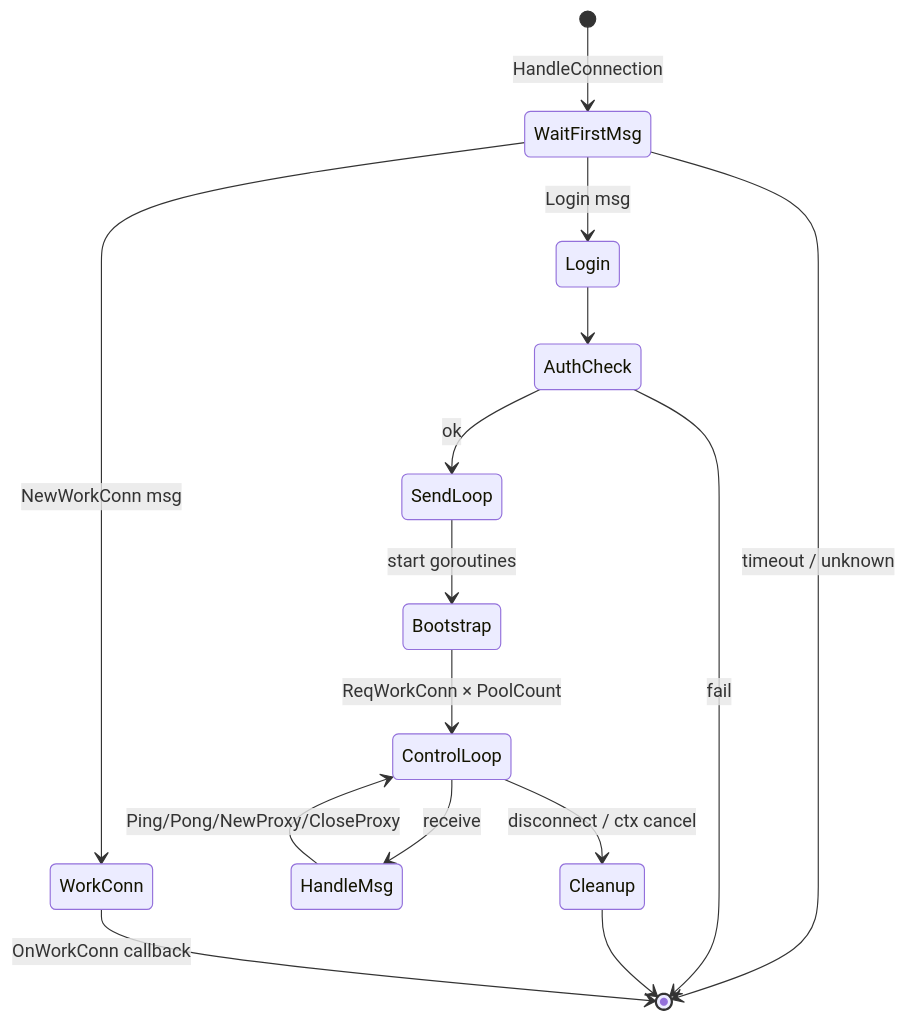
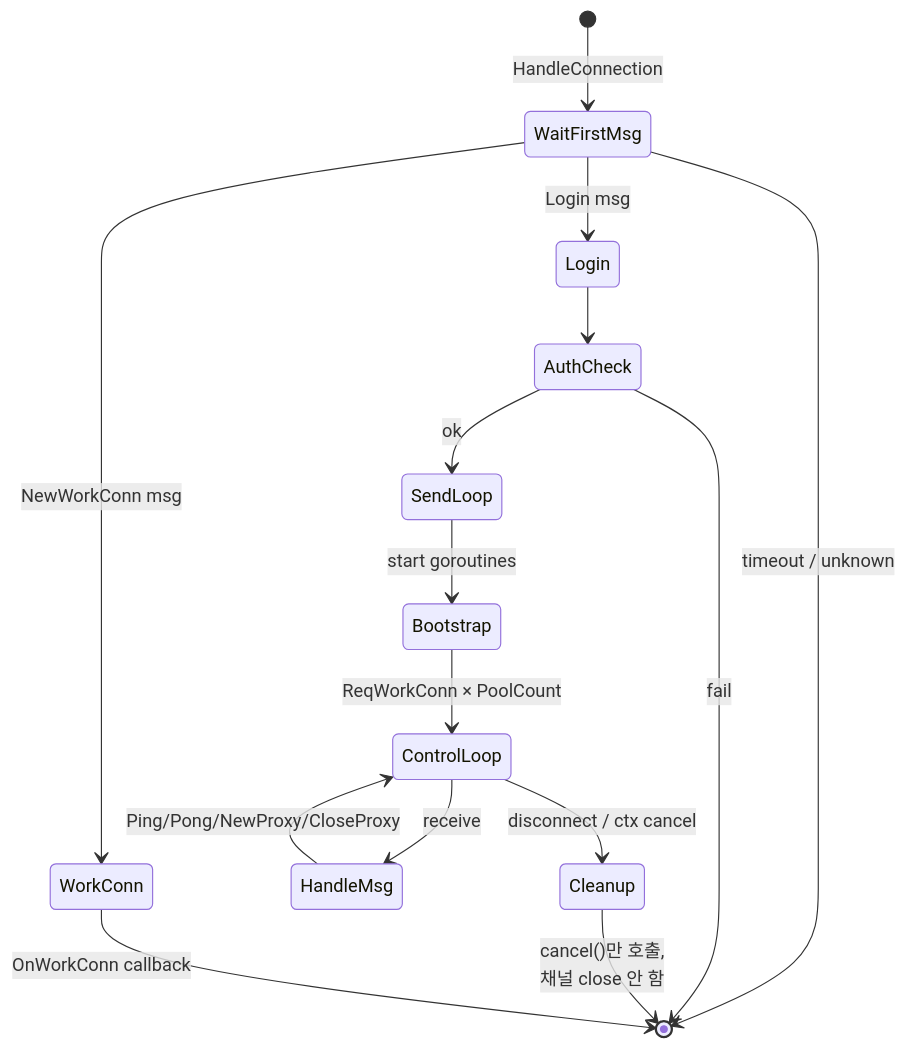
The fourth of 15 diagrams in docs/architecture/components.md (cagojeiger/drp), drawn with Mermaid before and after one commit. The commit also changed other lines of this file and 4 other files, not shown here.

First line of the commit message:
docs: sync architecture + spec with refactor rounds 1-6

````diff
--- a/docs/architecture/components.md
+++ b/docs/architecture/components.md
@@ -86,17 +123,17 @@
 ```mermaid
 stateDiagram-v2
     [*] --> WaitFirstMsg: HandleConnection
     WaitFirstMsg --> Login: Login msg
     WaitFirstMsg --> WorkConn: NewWorkConn msg
     WaitFirstMsg --> [*]: timeout / unknown
     Login --> AuthCheck
     AuthCheck --> [*]: fail
     AuthCheck --> SendLoop: ok
     SendLoop --> Bootstrap: start goroutines
     Bootstrap --> ControlLoop: ReqWorkConn × PoolCount
     ControlLoop --> HandleMsg: receive
     HandleMsg --> ControlLoop: Ping/Pong/NewProxy/CloseProxy
     ControlLoop --> Cleanup: disconnect / ctx cancel
-    Cleanup --> [*]
+    Cleanup --> [*]: cancel()만 호출,<br/>채널 close 안 함
     WorkConn --> [*]: OnWorkConn callback
 ```
````
